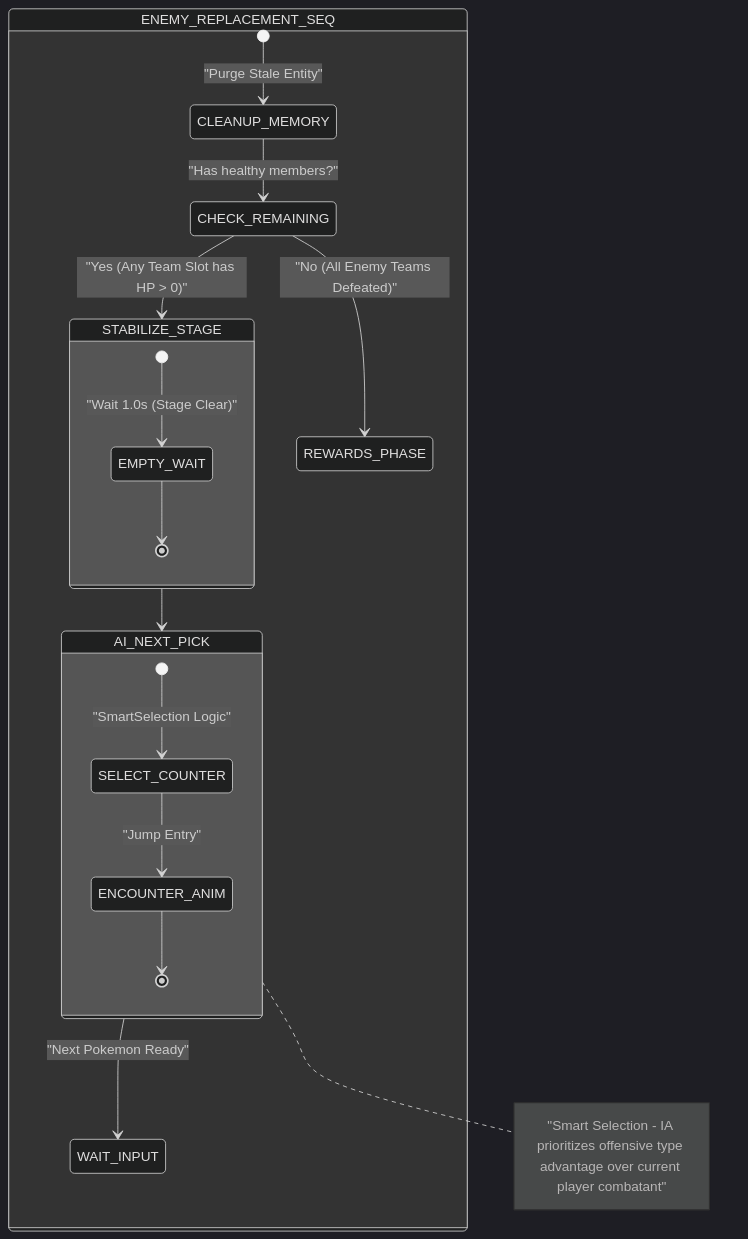
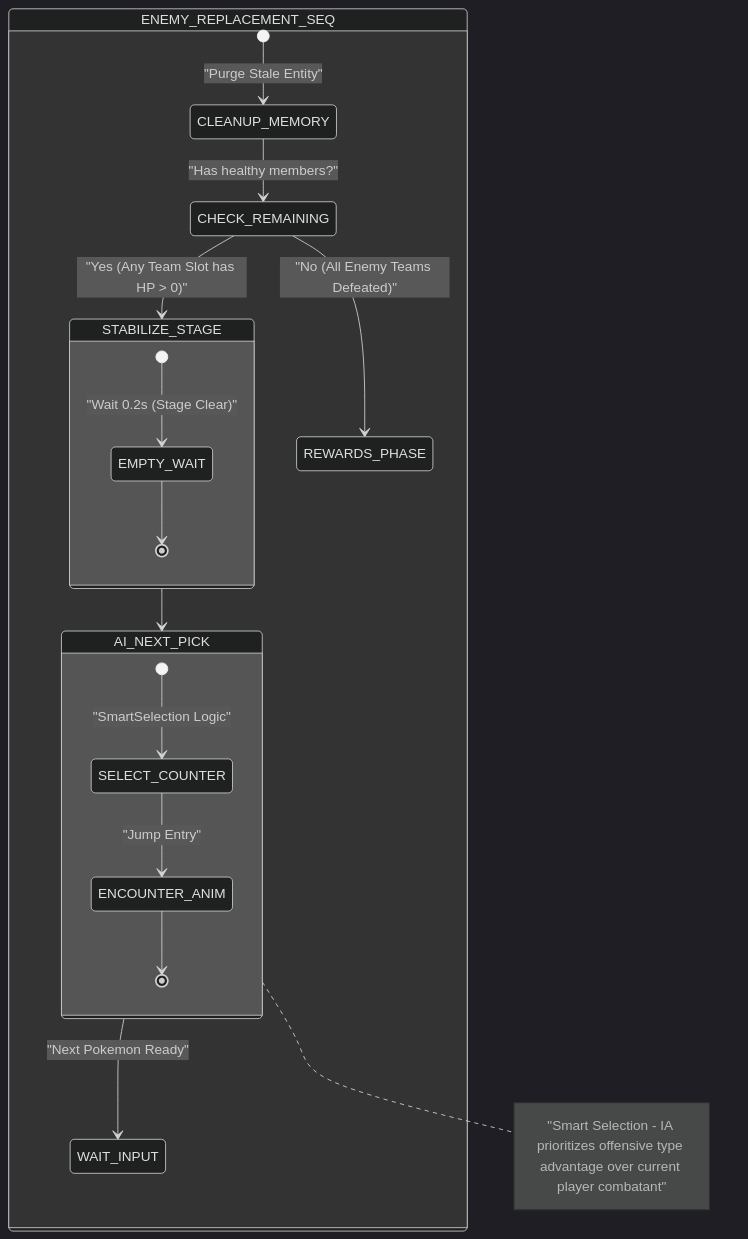
The ninth of 18 diagrams in .agents/skills/project-standards/references/battle/battle_mechanics_manual.md (Darkham77/PokeBorrador), drawn with Mermaid (dark theme) before and after one commit. The commit also changed other lines of this file and 148 other files, not shown here.

````diff
--- a/.agents/skills/project-standards/references/battle/battle_mechanics_manual.md
+++ b/.agents/skills/project-standards/references/battle/battle_mechanics_manual.md
@@ -577,28 +579,28 @@
 ```mermaid
 stateDiagram-v2
     state ENEMY_REPLACEMENT_SEQ {
         [*] --> CLEANUP_MEMORY: "Purge Stale Entity"
         CLEANUP_MEMORY --> CHECK_REMAINING: "Has healthy members?"
         
         state CHECK_REMAINING <<choice>>
         CHECK_REMAINING --> STABILIZE_STAGE: "Yes (Any Team Slot has HP > 0)"
         CHECK_REMAINING --> REWARDS_PHASE: "No (All Enemy Teams Defeated)"
         
         state STABILIZE_STAGE {
-            [*] --> EMPTY_WAIT: "Wait 1.0s (Stage Clear)"
+            [*] --> EMPTY_WAIT: "Wait 0.2s (Stage Clear)"
             EMPTY_WAIT --> [*]
         }
         
         STABILIZE_STAGE --> AI_NEXT_PICK
         
         state AI_NEXT_PICK {
             [*] --> SELECT_COUNTER: "SmartSelection Logic"
             SELECT_COUNTER --> ENCOUNTER_ANIM : "Jump Entry"
             ENCOUNTER_ANIM --> [*]
         }
         
         AI_NEXT_PICK --> WAIT_INPUT: "Next Pokemon Ready"
     }
     
     note right of AI_NEXT_PICK : "Smart Selection - IA prioritizes offensive type advantage over current player combatant"
 ```
````
